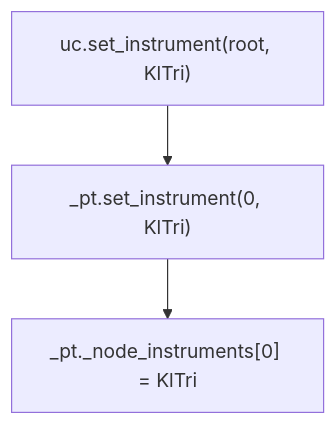
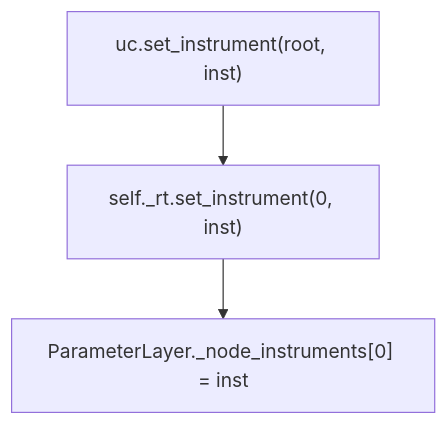
One commit to kr4g/Klotho changed the fourth of 8 diagrams in docs/architecture/10_WALKTHROUGH.md. Above: the diagram before and after it, drawn with Mermaid. The commit also changed other lines of this file and 13 other files, not shown here.

First line of the commit message:
Overhaul architecture docs for Klotho 10.x API

````diff
--- a/docs/architecture/10_WALKTHROUGH.md
+++ b/docs/architecture/10_WALKTHROUGH.md
@@ -208,6 +215,6 @@
 ```mermaid
 flowchart TD
-    A["uc.set_instrument(root, KlTri)"]
-    A --> B["_pt.set_instrument(0, KlTri)"]
-    B --> C["_pt._node_instruments[0] = KlTri"]
+    A["uc.set_instrument(root, inst)"]
+    A --> B["self._rt.set_instrument(0, inst)"]
+    B --> C["ParameterLayer._node_instruments[0] = inst"]
 ```
````
